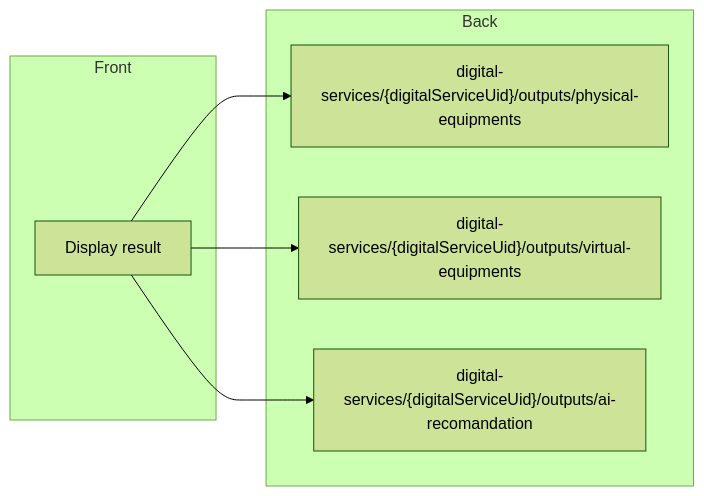
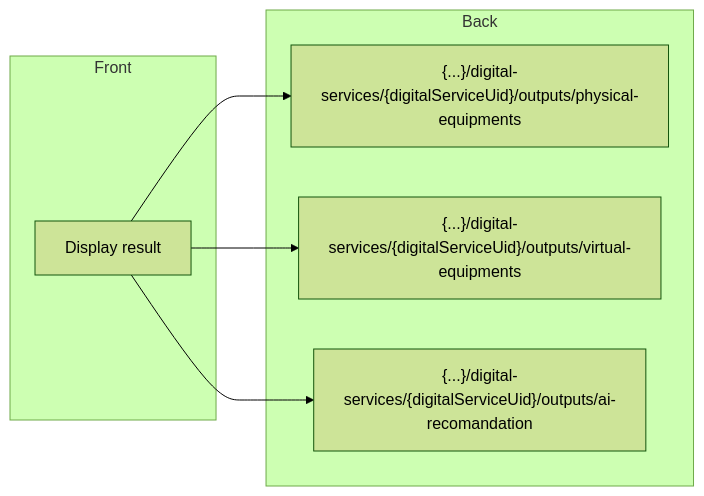
Before and after one commit to teamg4it/g4it: the third of 3 diagrams in services/documentation/content/3-technical-documentation/6-ecomind/architecture/_index.md, drawn with Mermaid (forest theme). The commit also changed other lines of this file and 1 other file, not shown here.

````diff
--- a/services/documentation/content/3-technical-documentation/6-ecomind/architecture/_index.md
+++ b/services/documentation/content/3-technical-documentation/6-ecomind/architecture/_index.md
@@ -61,16 +66,16 @@
 ```mermaid
 flowchart LR
     subgraph Front
         A["Display result"]
     end
 
     subgraph Back
-        A1["digital-services/{digitalServiceUid}/outputs/physical-equipments"]
-        A2["digital-services/{digitalServiceUid}/outputs/virtual-equipments"]
-        A3["digital-services/{digitalServiceUid}/outputs/ai-recomandation"]
+        A1["{...}/digital-services/{digitalServiceUid}/outputs/physical-equipments"]
+        A2["{...}/digital-services/{digitalServiceUid}/outputs/virtual-equipments"]
+        A3["{...}/digital-services/{digitalServiceUid}/outputs/ai-recomandation"]
     end
 
     A --> A1
     A --> A2
     A --> A3
 ```
````
